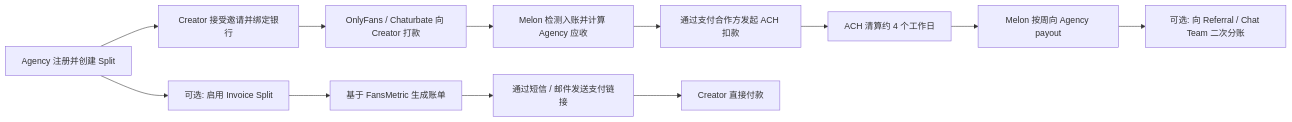
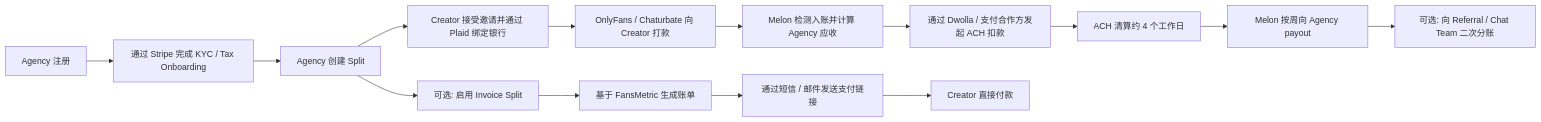
One commit to ryan-alexander-zhang/ryan-copilot changed the first of 2 diagrams in reports/melon/summary.md. Above: the diagram before and after it, drawn with Mermaid. The commit also changed other lines of this file and 3 other files, not shown here.

````diff
--- a/reports/melon/summary.md
+++ b/reports/melon/summary.md
@@ -45,14 +46,16 @@
 ```mermaid
 flowchart LR
-  A[Agency 注册并创建 Split] --> B[Creator 接受邀请并绑定银行]
-  B --> C[OnlyFans / Chaturbate 向 Creator 打款]
-  C --> D[Melon 检测入账并计算 Agency 应收]
-  D --> E[通过支付合作方发起 ACH 扣款]
-  E --> F[ACH 清算约 4 个工作日]
-  F --> G[Melon 按周向 Agency payout]
-  G --> H[可选: 向 Referral / Chat Team 二次分账]
-  A --> I[可选: 启用 Invoice Split]
-  I --> J[基于 FansMetric 生成账单]
-  J --> K[通过短信 / 邮件发送支付链接]
-  K --> L[Creator 直接付款]
+  A[Agency 注册] --> B[通过 Stripe 完成 KYC / Tax Onboarding]
+  B --> C[Agency 创建 Split]
+  C --> D[Creator 接受邀请并通过 Plaid 绑定银行]
+  D --> E[OnlyFans / Chaturbate 向 Creator 打款]
+  E --> F[Melon 检测入账并计算 Agency 应收]
+  F --> G[通过 Dwolla / 支付合作方发起 ACH 扣款]
+  G --> H[ACH 清算约 4 个工作日]
+  H --> I[Melon 按周向 Agency payout]
+  I --> J[可选: 向 Referral / Chat Team 二次分账]
+  C --> K[可选: 启用 Invoice Split]
+  K --> L[基于 FansMetric 生成账单]
+  L --> M[通过短信 / 邮件发送支付链接]
+  M --> N[Creator 直接付款]
 ```
````
